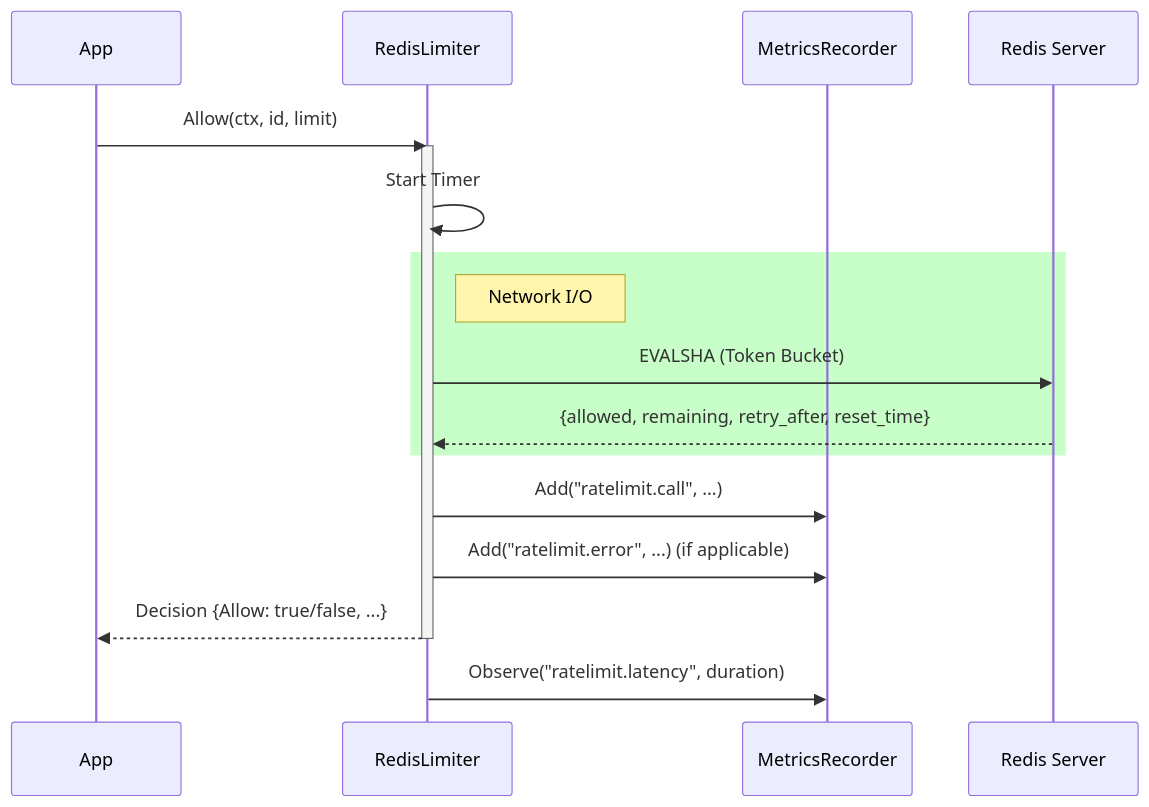
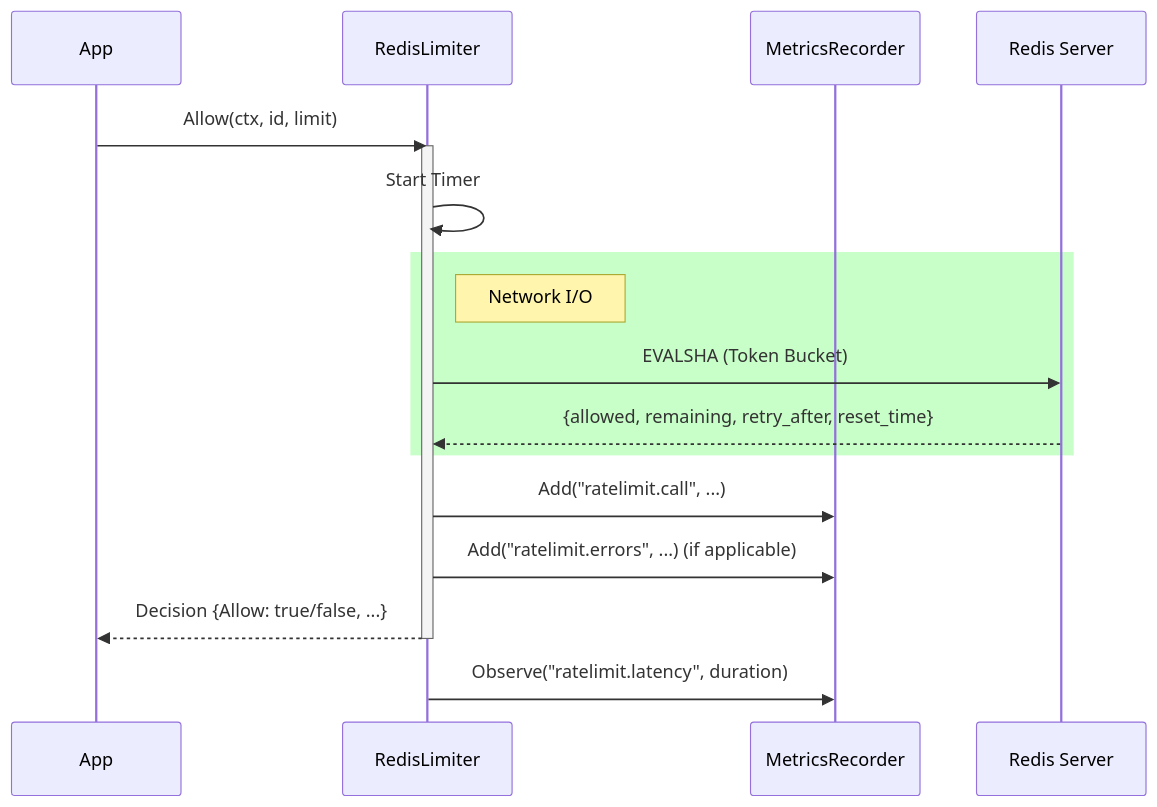
Before and after one commit to manenim/gateway-rate-limiter: the diagram in docs/sequence.md, drawn with Mermaid. The commit also changed 24 other files, not shown here.

````diff
--- a/docs/sequence.md
+++ b/docs/sequence.md
@@ -5,27 +5,27 @@
 ```mermaid
 sequenceDiagram
     participant App
     participant Limiter as RedisLimiter
     participant Metrics as MetricsRecorder
     participant Redis as Redis Server
     
     App->>Limiter: Allow(ctx, id, limit)
     activate Limiter
     
     Limiter->>Limiter: Start Timer
     
     rect rgb(200, 255, 200)
     Note right of Limiter: Network I/O
     Limiter->>Redis: EVALSHA (Token Bucket)
     
     Redis-->>Limiter: {allowed, remaining, retry_after, reset_time}
     end
     
     Limiter->>Metrics: Add("ratelimit.call", ...)
-    Limiter->>Metrics: Add("ratelimit.error", ...) (if applicable)
+    Limiter->>Metrics: Add("ratelimit.errors", ...) (if applicable)
     
     Limiter-->>App: Decision {Allow: true/false, ...}
     
     deactivate Limiter
     Limiter->>Metrics: Observe("ratelimit.latency", duration)
 ```
````
